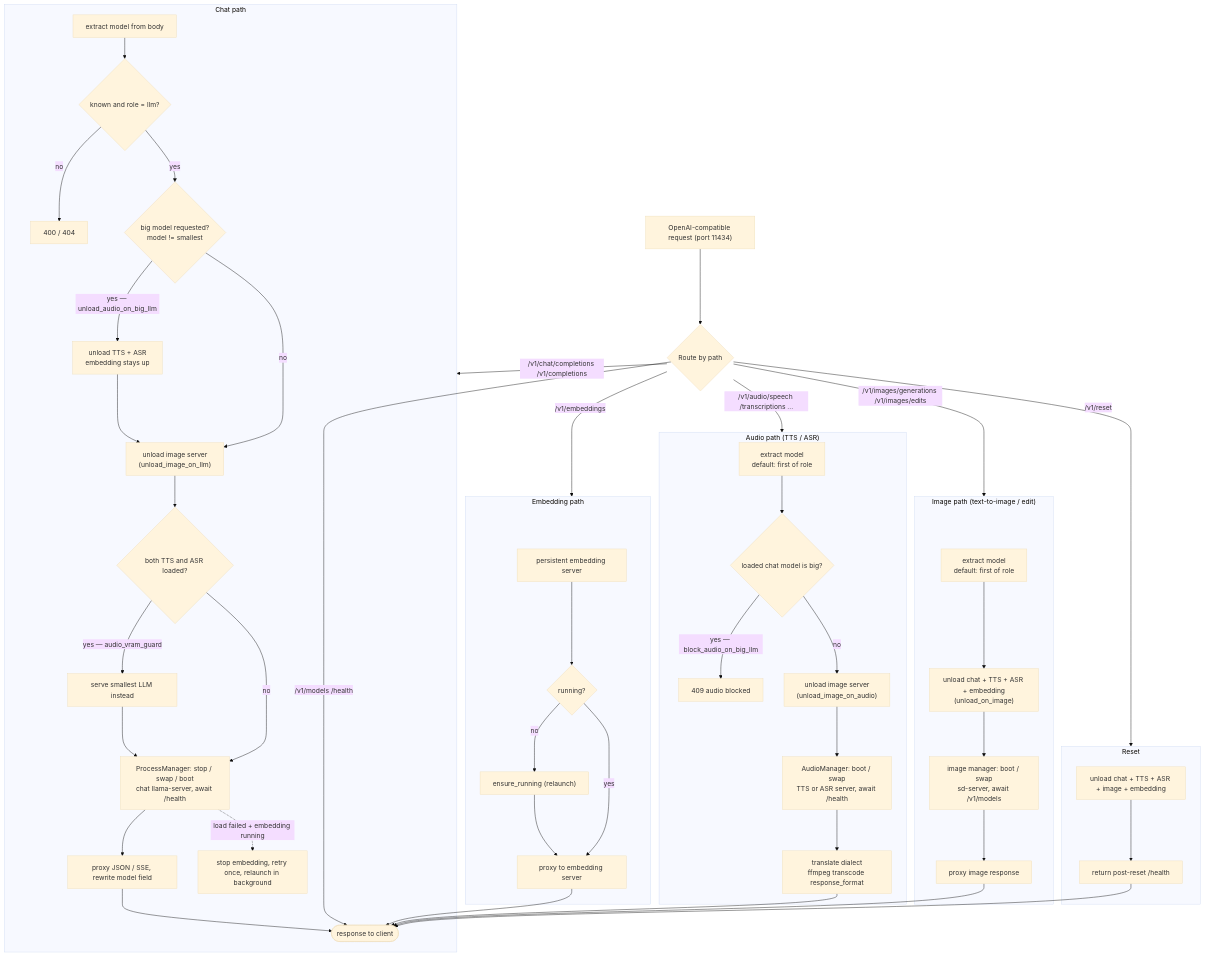
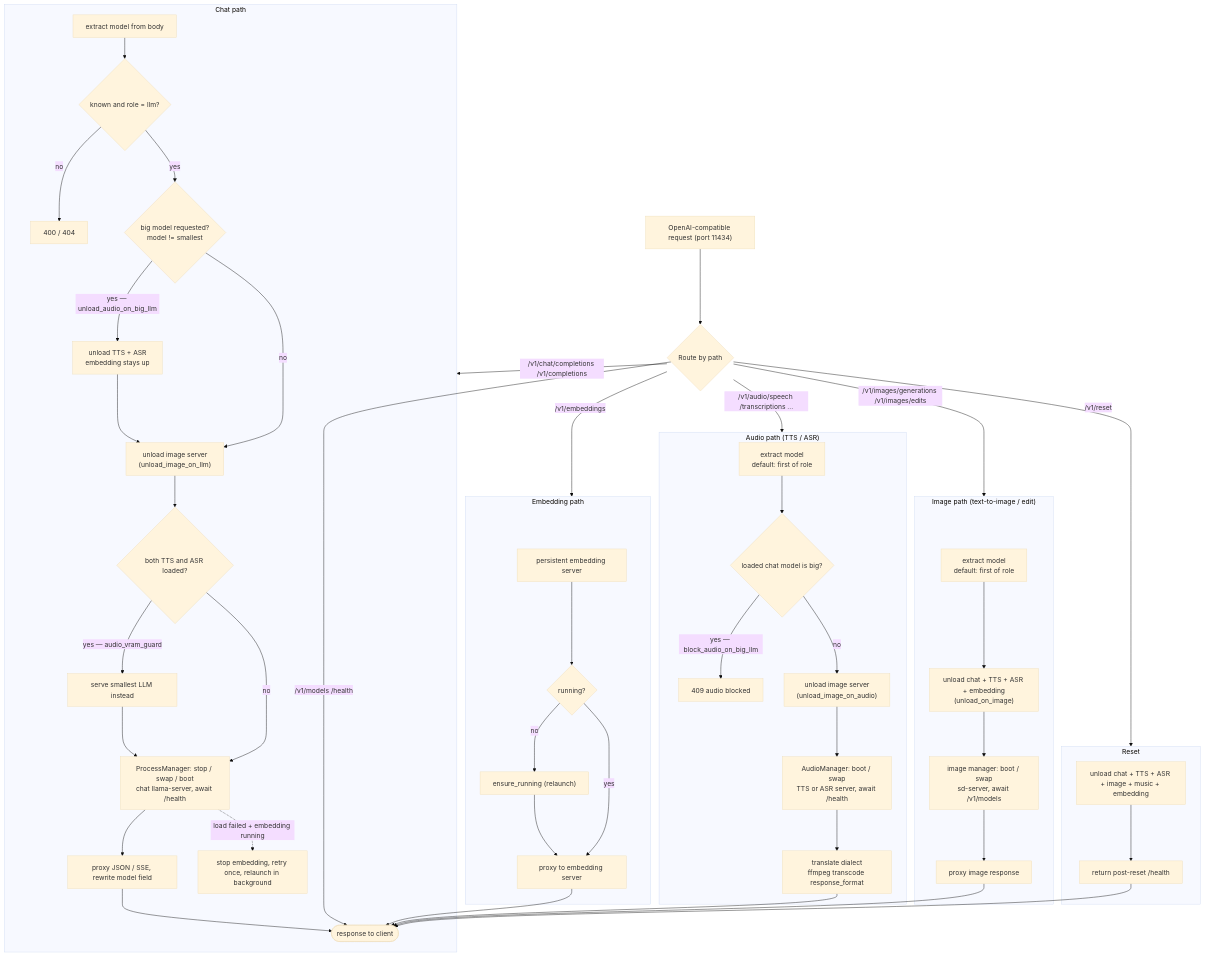
One commit to AdelNazmy/llamaswap changed the diagram in README.md. Above: the diagram before and after it, drawn with Mermaid (base theme). The commit also changed other lines of this file and 17 other files, not shown here.

First line of the commit message:
add MiniMax Music 3 + Qwen-Image 2.1 backends, music role, streaming TTS/ASR

````diff
--- a/README.md
+++ b/README.md
@@ -234,58 +265,58 @@
 ```mermaid
 flowchart TD
     IN["OpenAI-compatible request (port 11434)"] --> R{Route by path}
 
     R -->|"/v1/chat/completions /v1/completions"| CH
     R -->|"/v1/embeddings"| EM
     R -->|"/v1/audio/speech /transcriptions ..."| AU
     R -->|"/v1/images/generations /v1/images/edits"| IM
     R -->|"/v1/reset"| RS
     R -->|"/v1/models /health"| OUT
 
     subgraph CH["Chat path"]
         CH1["extract model from body"] --> CH2{"known and role = llm?"}
         CH2 -->|"no"| CH2x["400 / 404"]
         CH2 -->|"yes"| CH3{"big model requested?<br/>model != smallest"}
         CH3 -->|"yes — unload_audio_on_big_llm"| CH4["unload TTS + ASR<br/>embedding stays up"]
         CH3 -->|"no"| CH4b["unload image server<br/>(unload_image_on_llm)"]
         CH4 --> CH4b
         CH4b --> CH5{"both TTS and ASR loaded?"}
         CH5 -->|"yes — audio_vram_guard"| CH6["serve smallest LLM instead"]
         CH5 -->|"no"| CH7
         CH6 --> CH7
         CH7["ProcessManager: stop / swap / boot<br/>chat llama-server, await /health"] --> CH8["proxy JSON / SSE, rewrite model field"]
         CH8 --> OUT
         CH7 -.->|"load failed + embedding running"| CH9["stop embedding, retry once, relaunch in background"]
     end
 
     subgraph AU["Audio path (TTS / ASR)"]
         AU1["extract model<br/>default: first of role"] --> AU2{"loaded chat model is big?"}
         AU2 -->|"yes — block_audio_on_big_llm"| AU3["409 audio blocked"]
         AU2 -->|"no"| AU4["unload image server<br/>(unload_image_on_audio)"]
         AU4 --> AU5["AudioManager: boot / swap<br/>TTS or ASR server, await /health"]
         AU5 --> AU6["translate dialect<br/>ffmpeg transcode response_format"]
         AU6 --> OUT
     end
 
     subgraph IM["Image path (text-to-image / edit)"]
         IM1["extract model<br/>default: first of role"] --> IM2["unload chat + TTS + ASR + embedding<br/>(unload_on_image)"]
         IM2 --> IM3["image manager: boot / swap<br/>sd-server, await /v1/models"]
         IM3 --> IM4["proxy image response"]
         IM4 --> OUT
     end
 
     subgraph EM["Embedding path"]
         EM1["persistent embedding server"] --> EM2{"running?"}
         EM2 -->|"no"| EM3["ensure_running (relaunch)"]
         EM3 --> EM4["proxy to embedding server"]
         EM2 -->|"yes"| EM4
         EM4 --> OUT
     end
 
     subgraph RS["Reset"]
-        RS1["unload chat + TTS + ASR + image + embedding"] --> RS2["return post-reset /health"]
+        RS1["unload chat + TTS + ASR + image + music + embedding"] --> RS2["return post-reset /health"]
         RS2 --> OUT
     end
 
     OUT(["response to client"])
 ```
````
